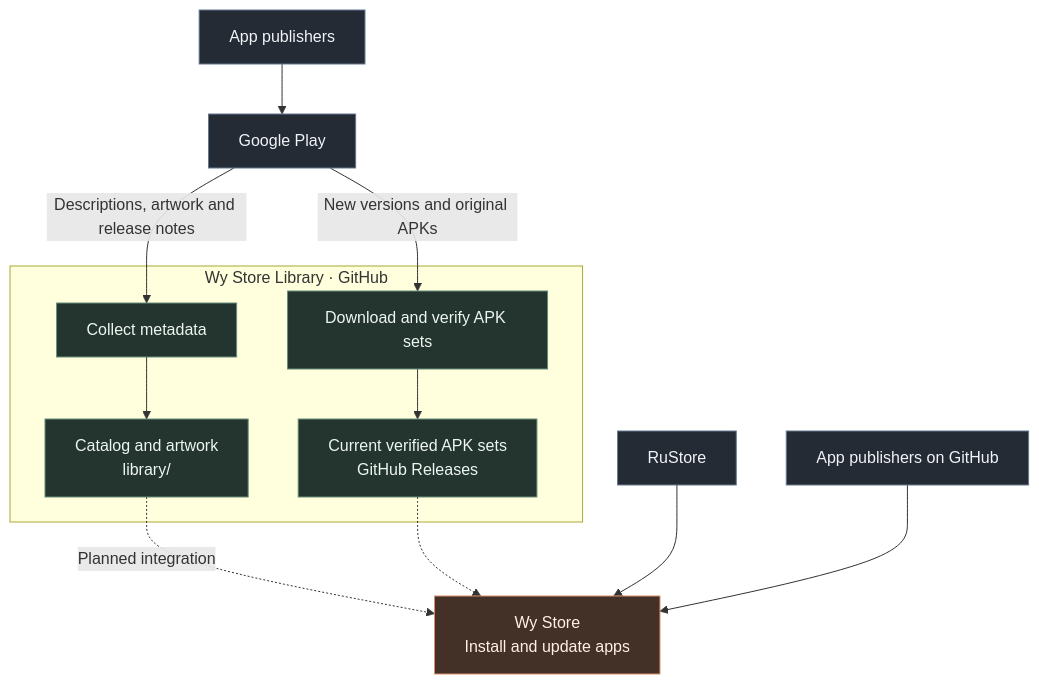
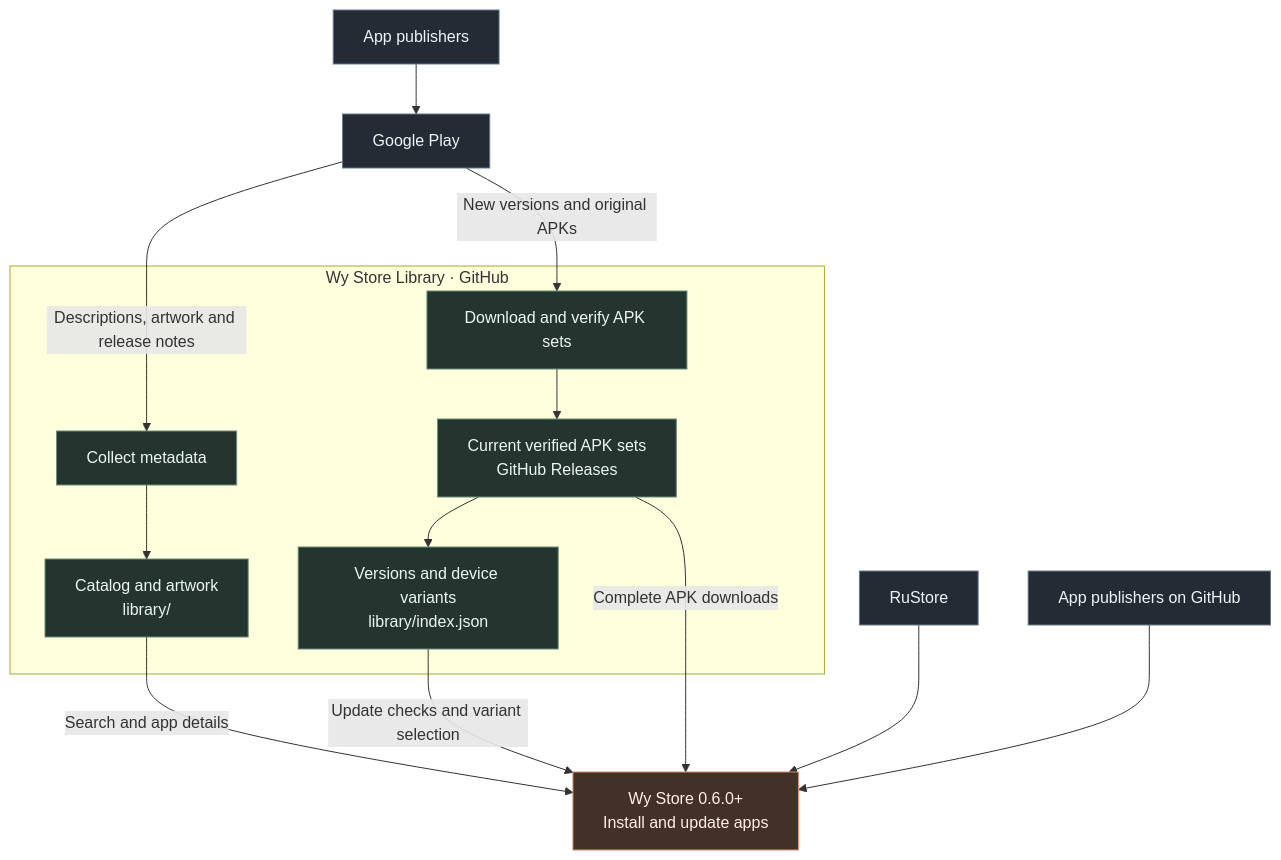
One commit to wyrtensi/wystore-library changed the diagram in README.md. Above: the diagram before and after it, drawn with Mermaid. The commit also changed other lines of this file and 3 other files, not shown here.

Commit message:
Describe the shipped Wy Store library integration instead of future plans.

````diff
--- a/README.md
+++ b/README.md
@@ -149,20 +154,22 @@
 ```mermaid
 flowchart TB
     Publisher["App publishers"] --> Play["Google Play"]
     Play -->|"Descriptions, artwork and release notes"| Metadata["Collect metadata"]
     Play -->|"New versions and original APKs"| Verify["Download and verify APK sets"]
     subgraph Library["Wy Store Library · GitHub"]
         Metadata --> Catalog["Catalog and artwork<br/>library/"]
         Verify --> Releases["Current verified APK sets<br/>GitHub Releases"]
+        Releases --> Index["Versions and device variants<br/>library/index.json"]
     end
-    Catalog -.->|"Planned integration"| WyStore["Wy Store<br/>Install and update apps"]
-    Releases -.-> WyStore
+    Catalog -->|"Search and app details"| WyStore["Wy Store 0.6.0+<br/>Install and update apps"]
+    Index -->|"Update checks and variant selection"| WyStore
+    Releases -->|"Complete APK downloads"| WyStore
     RuStore["RuStore"] --> WyStore
     GitHub["App publishers on GitHub"] --> WyStore
     classDef source fill:#242b34,stroke:#66788f,color:#f0f3f7
     classDef ready fill:#23352e,stroke:#688e7a,color:#eef6f1
     classDef store fill:#433026,stroke:#d88e6c,color:#fff0e7
     class Play,RuStore,GitHub,Publisher source
-    class Metadata,Catalog,Verify,Releases ready
+    class Metadata,Catalog,Verify,Releases,Index ready
     class WyStore store
 ```
````
